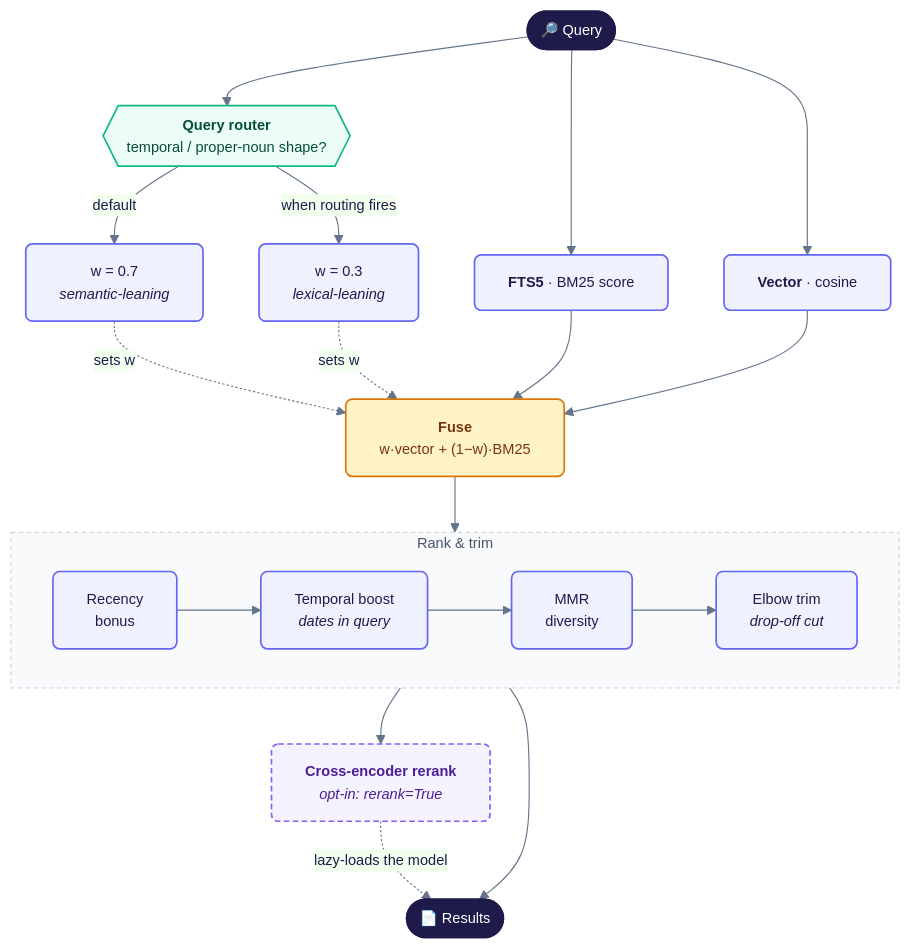
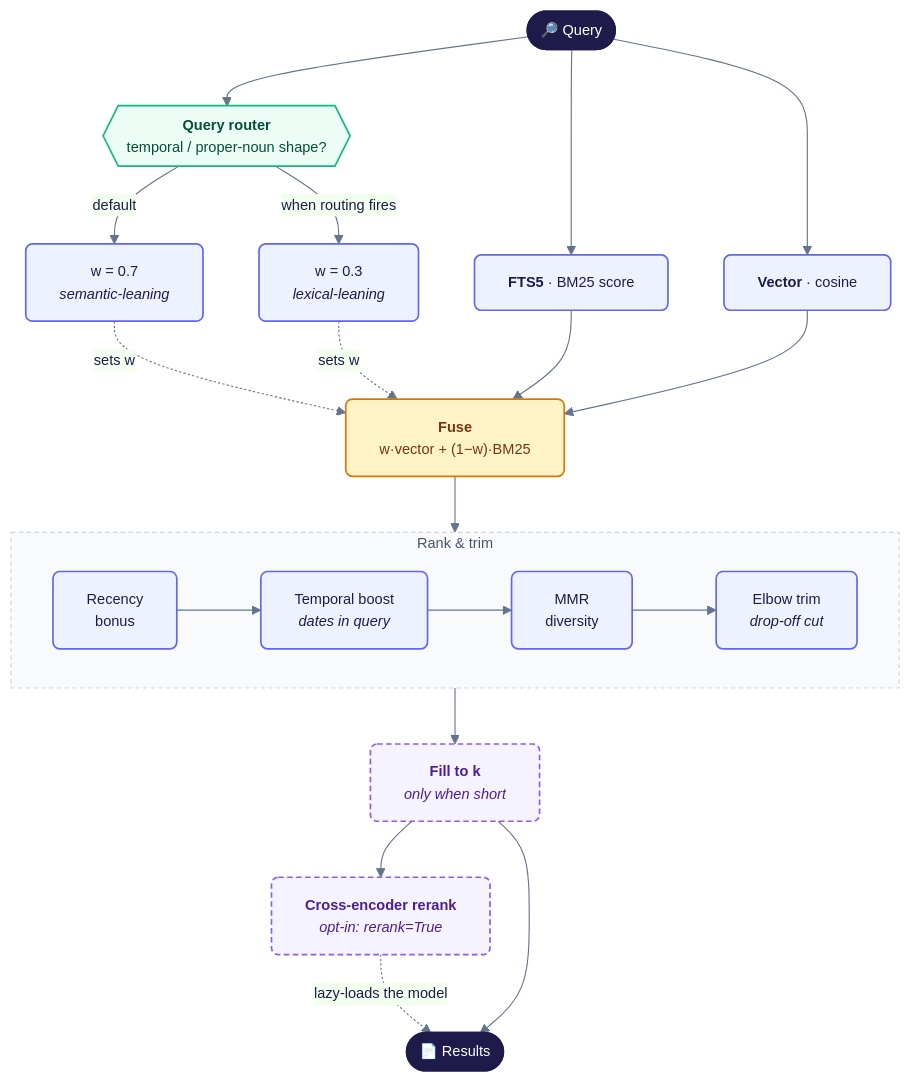
Before and after one commit to skynetcmd/m3-memory: the third of 6 diagrams in docs/ARCHITECTURE.md, drawn with Mermaid. The commit also changed other lines of this file and 3 other files, not shown here.

First line of the commit message:
docs: sync ARCHITECTURE and TECHNICAL_DETAILS with the search changes

````diff
--- a/docs/ARCHITECTURE.md
+++ b/docs/ARCHITECTURE.md
@@ -170,44 +186,48 @@
 ```mermaid
 %%{init: {'theme':'base','themeVariables':{
   'primaryColor':'#eef2ff','primaryTextColor':'#1e1b4b','primaryBorderColor':'#6366f1',
   'lineColor':'#64748b','fontSize':'13px','fontFamily':'ui-sans-serif,system-ui,sans-serif'}}}%%
 flowchart TB
     Q(["🔎 Query"])
     ROUTE{{"<b>Query router</b><br/>temporal / proper-noun shape?"}}
     W07["w = 0.7<br/><i>semantic-leaning</i>"]
     W03["w = 0.3<br/><i>lexical-leaning</i>"]
 
     FTS["<b>FTS5</b> · BM25 score"]
     VEC["<b>Vector</b> · cosine"]
 
     FUSE["<b>Fuse</b><br/>w·vector + (1−w)·BM25"]
 
     subgraph POST ["Rank &amp; trim"]
         direction LR
         REC["Recency<br/>bonus"] --> TMP["Temporal boost<br/><i>dates in query</i>"] --> MMR["MMR<br/>diversity"] --> ELB["Elbow trim<br/><i>drop-off cut</i>"]
     end
 
     RERANK["<b>Cross-encoder rerank</b><br/><i>opt-in: rerank=True</i>"]
     R(["📄 Results"])
 
     Q --> ROUTE
     Q --> FTS & VEC
     ROUTE -->|default| W07
     ROUTE -->|"when routing fires"| W03
     W07 & W03 -.->|"sets w"| FUSE
+    FILL["<b>Fill to k</b><br/><i>only when short</i>"]
+
     FTS & VEC --> FUSE --> POST
-    POST --> RERANK -.->|"lazy-loads the model"| R
-    POST --> R
+    POST --> FILL
+    FILL --> RERANK -.->|"lazy-loads the model"| R
+    FILL --> R
 
     classDef q fill:#1e1b4b,stroke:#1e1b4b,color:#fff,rx:14,ry:14
     classDef stage fill:#eef2ff,stroke:#6366f1,stroke-width:1.5px,color:#1e1b4b,rx:6,ry:6
     classDef fuse fill:#fef3c7,stroke:#d97706,stroke-width:1.5px,color:#78350f,rx:6,ry:6
     classDef opt fill:#f5f3ff,stroke:#8b5cf6,stroke-width:1.5px,stroke-dasharray:5 3,color:#4c1d95,rx:6,ry:6
     classDef decide fill:#ecfdf5,stroke:#10b981,stroke-width:1.5px,color:#064e3b
     class Q,R q
     class FTS,VEC,REC,TMP,MMR,ELB,W07,W03 stage
+    class FILL opt
     class FUSE fuse
     class RERANK opt
     class ROUTE decide
     style POST fill:#f8fafc,stroke:#cbd5e1,stroke-dasharray:4 3,color:#475569
 ```
````
